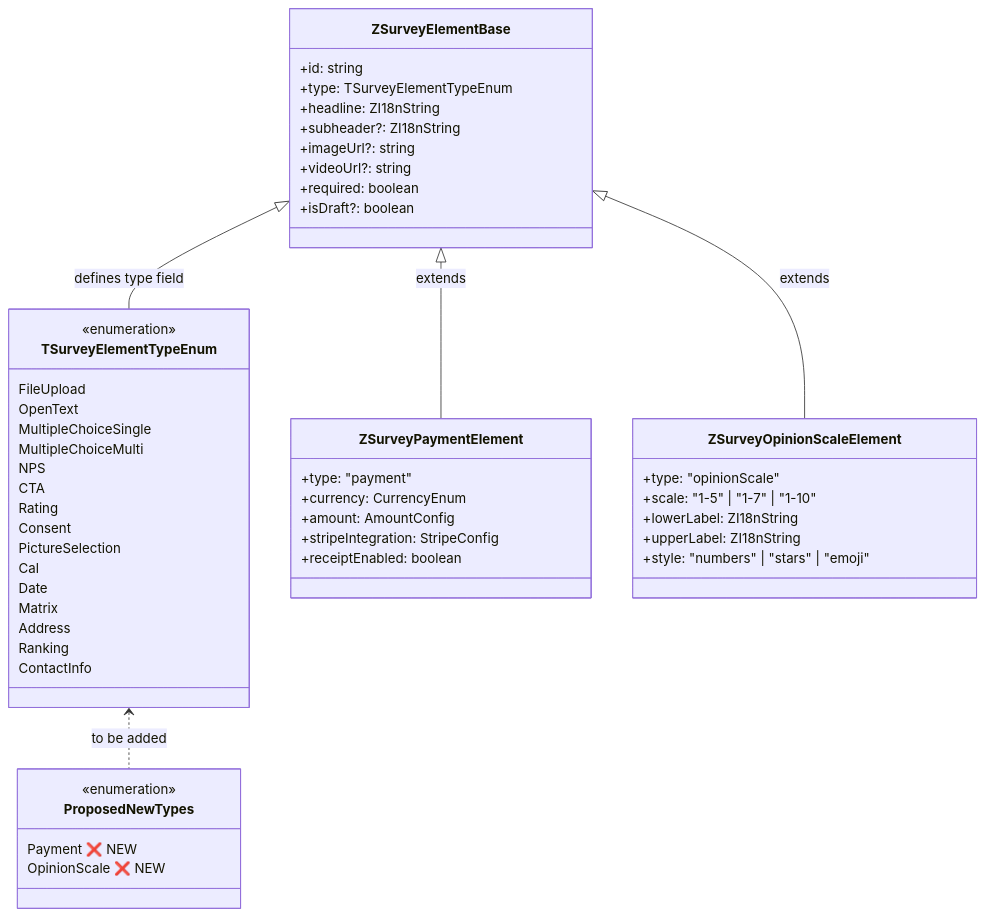
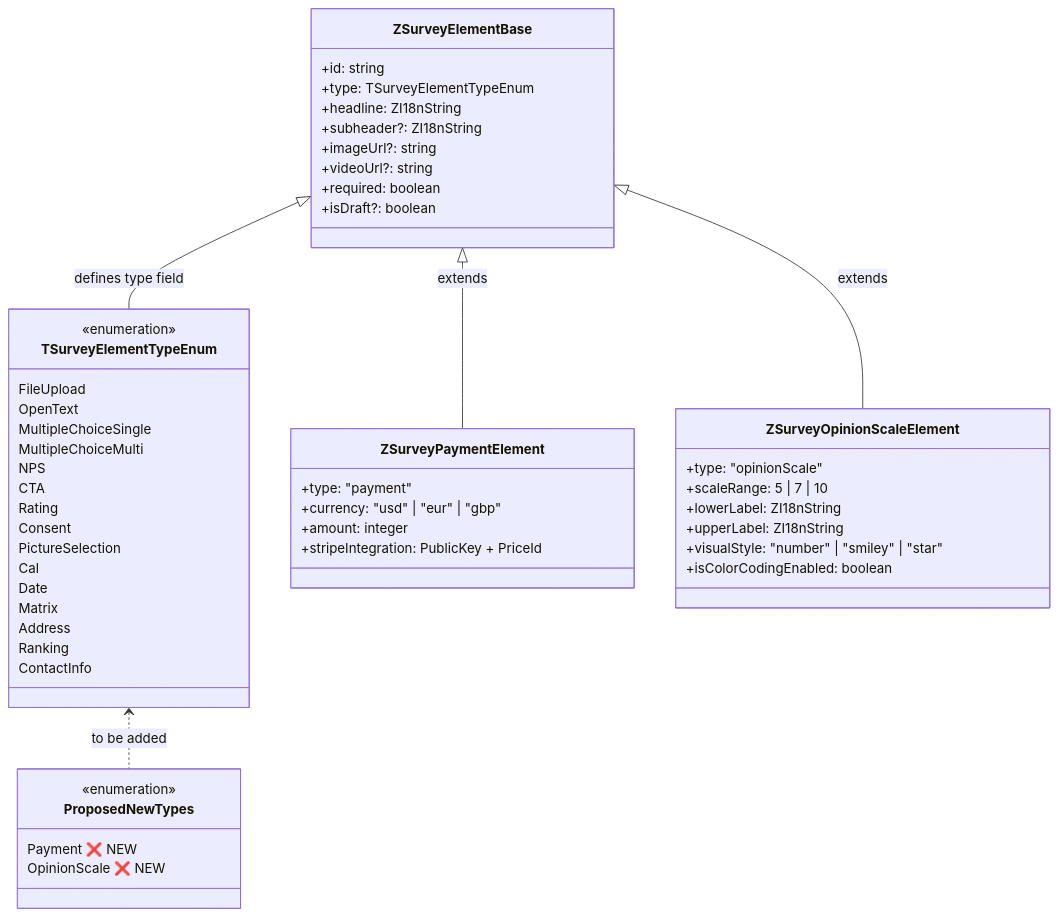
Before and after one commit to Blitzy-Sandbox/blitzy-formbricks: the diagram in docs/development/typeform-parity/question-type-parity.mdx, drawn with Mermaid. The commit also changed other lines of this file and 3 other files, not shown here.

First line of the commit message:
fix: resolve cross-file schema inconsistencies in Typeform parity documentation

````diff
--- a/docs/development/typeform-parity/question-type-parity.mdx
+++ b/docs/development/typeform-parity/question-type-parity.mdx
@@ -320,54 +316,54 @@
 ```mermaid
 classDiagram
     class TSurveyElementTypeEnum {
         <<enumeration>>
         FileUpload
         OpenText
         MultipleChoiceSingle
         MultipleChoiceMulti
         NPS
         CTA
         Rating
         Consent
         PictureSelection
         Cal
         Date
         Matrix
         Address
         Ranking
         ContactInfo
     }
     class ProposedNewTypes {
         <<enumeration>>
         Payment ❌ NEW
         OpinionScale ❌ NEW
     }
     class ZSurveyElementBase {
         +id: string
         +type: TSurveyElementTypeEnum
         +headline: ZI18nString
         +subheader?: ZI18nString
         +imageUrl?: string
         +videoUrl?: string
         +required: boolean
         +isDraft?: boolean
     }
     class ZSurveyPaymentElement {
         +type: "payment"
-        +currency: CurrencyEnum
-        +amount: AmountConfig
-        +stripeIntegration: StripeConfig
-        +receiptEnabled: boolean
+        +currency: "usd" | "eur" | "gbp"
+        +amount: integer
+        +stripeIntegration: PublicKey + PriceId
     }
     class ZSurveyOpinionScaleElement {
         +type: "opinionScale"
-        +scale: "1-5" | "1-7" | "1-10"
+        +scaleRange: 5 | 7 | 10
         +lowerLabel: ZI18nString
         +upperLabel: ZI18nString
-        +style: "numbers" | "stars" | "emoji"
+        +visualStyle: "number" | "smiley" | "star"
+        +isColorCodingEnabled: boolean
     }
     ZSurveyElementBase <|-- TSurveyElementTypeEnum : defines type field
     ZSurveyElementBase <|-- ZSurveyPaymentElement : extends
     ZSurveyElementBase <|-- ZSurveyOpinionScaleElement : extends
     TSurveyElementTypeEnum <.. ProposedNewTypes : to be added
 ```
````
